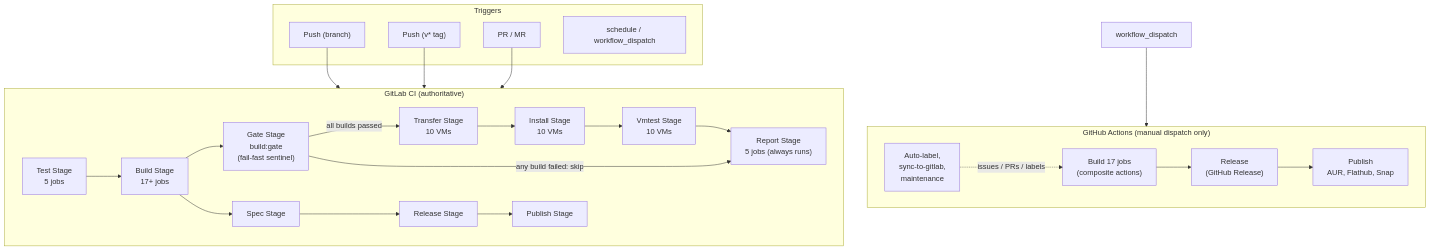
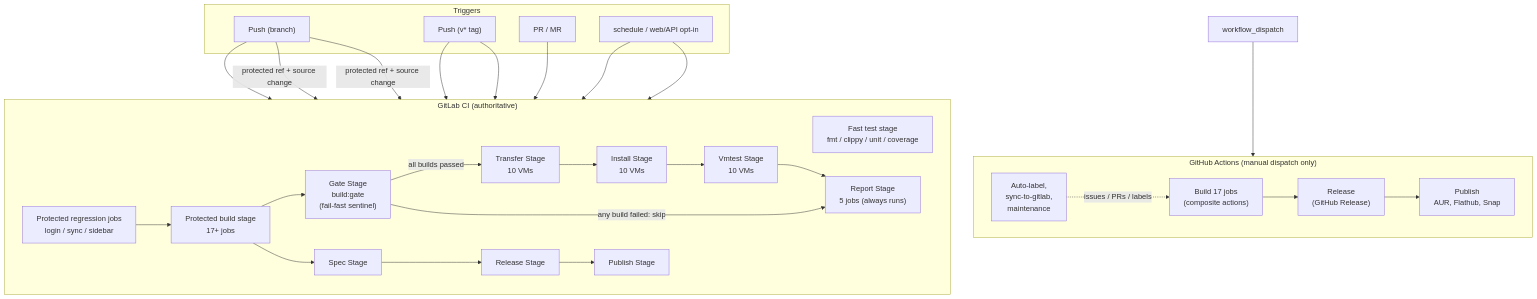
One commit to DonnieDice/protondrive-linux changed the diagram in docs/ci-cd/ci-pipeline.md. Above: the diagram before and after it, drawn with Mermaid. The commit also changed other lines of this file and 7 other files, not shown here.

````diff
--- a/docs/ci-cd/ci-pipeline.md
+++ b/docs/ci-cd/ci-pipeline.md
@@ -26,43 +26,49 @@
 ```mermaid
 flowchart TD
     subgraph Triggers
         PUSH["Push (branch)"]
         TAG["Push (v* tag)"]
         PR["PR / MR"]
-        SCHED["schedule / workflow_dispatch"]
+        SCHED["schedule / web/API opt-in"]
     end
 
     subgraph GitLab_CI["GitLab CI (authoritative)"]
         direction LR
-        GL_TEST["Test Stage\n5 jobs"]
-        GL_BUILD["Build Stage\n17+ jobs"]
+        GL_TEST["Fast test stage\nfmt / clippy / unit / coverage"]
+        GL_REG["Protected regression jobs\nlogin / sync / sidebar"]
+        GL_BUILD["Protected build stage\n17+ jobs"]
         GL_GATE["Gate Stage\nbuild:gate\n(fail-fast sentinel)"]
         GL_TRANSFER["Transfer Stage\n10 VMs"]
         GL_INSTALL["Install Stage\n10 VMs"]
         GL_VMTEST["Vmtest Stage\n10 VMs"]
         GL_REPORT["Report Stage\n5 jobs (always runs)"]
         GL_SPEC["Spec Stage"]
         GL_REL["Release Stage"]
         GL_PUB["Publish Stage"]
     end
 
     subgraph GitHub_Actions["GitHub Actions (manual dispatch only)"]
         direction LR
         GH_BUILD["Build 17 jobs\n(composite actions)"]
         GH_MISC["Auto-label,\nsync-to-gitlab,\nmaintenance"]
         GH_REL["Release\n(GitHub Release)"]
         GH_PUB["Publish\nAUR, Flathub, Snap"]
     end
 
     GR_TRIGGER["workflow_dispatch"] --> GH_BUILD
-    PUSH --> GL_TEST --> GL_BUILD
-    TAG --> GL_BUILD
+    PUSH --> GL_TEST
     PR --> GL_TEST
+    TAG --> GL_TEST
+    SCHED --> GL_REG
+    SCHED --> GL_BUILD
+    TAG --> GL_REG --> GL_BUILD
+    PUSH -->|"protected ref + source change"| GL_REG
+    PUSH -->|"protected ref + source change"| GL_BUILD
 
     GL_BUILD --> GL_GATE
     GL_GATE -->|"all builds passed"| GL_TRANSFER --> GL_INSTALL --> GL_VMTEST --> GL_REPORT
     GL_GATE -->|"any build failed: skip"| GL_REPORT
     GL_BUILD --> GL_SPEC --> GL_REL --> GL_PUB
     GH_BUILD --> GH_REL --> GH_PUB
     GH_MISC -.->|"issues / PRs / labels"| GH_BUILD
 ```
````
